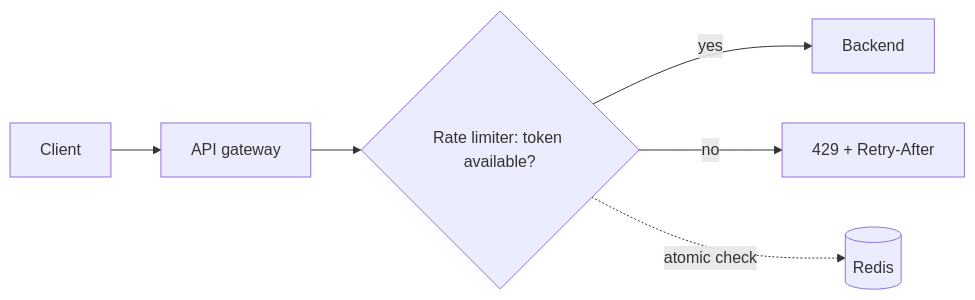
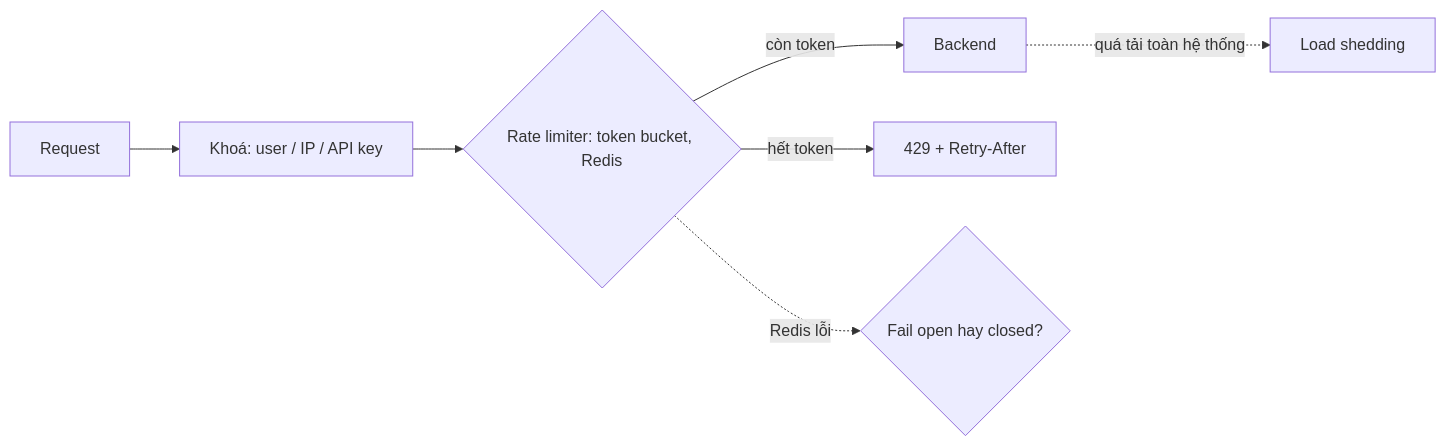
Before and after one commit to passion-Infinity/personal-tech-playbook: the diagram in src/assets/knowledge/playbooks/system-design/rate-limiting-algorithms.md, drawn with Mermaid. The commit also changed other lines of this file and 10 other files, not shown here.

First line of the commit message:
Deep-dive rewrite: system design (outbox, circuit breaker, CAP, load balancing, queues, consistent hashing, replication/sharding, rate limiting) and caching

````diff
--- a/src/assets/knowledge/playbooks/system-design/rate-limiting-algorithms.md
+++ b/src/assets/knowledge/playbooks/system-design/rate-limiting-algorithms.md
@@ -28,8 +39,9 @@
 ```mermaid
 flowchart LR
-    C[Client] --> G[API gateway]
-    G --> L{Rate limiter: token available?}
-    L -->|yes| B[Backend]
-    L -->|no| R["429 + Retry-After"]
-    L -.->|atomic check| RD[(Redis)]
+    R[Request] --> K["Khoá: user / IP / API key"]
+    K --> RL{"Rate limiter: token bucket, Redis"}
+    RL -->|"còn token"| API["Backend"]
+    RL -->|"hết token"| X["429 + Retry-After"]
+    RL -.->|"Redis lỗi"| FO{"Fail open hay closed?"}
+    API -.->|"quá tải toàn hệ thống"| LS["Load shedding"]
 ```
````
